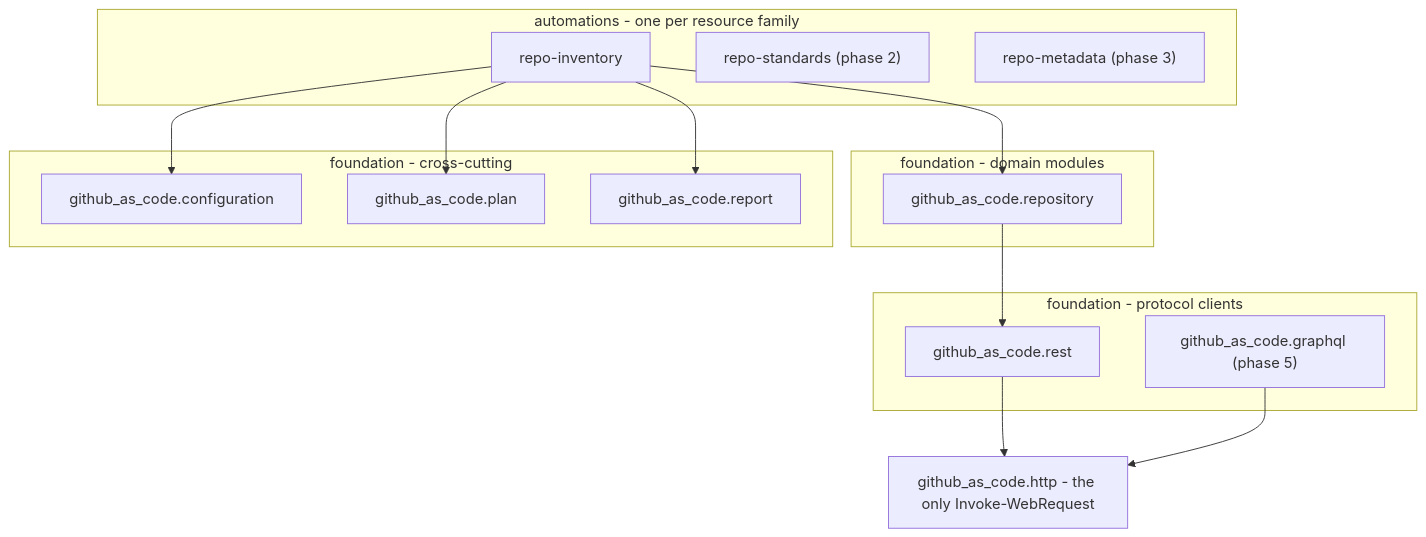
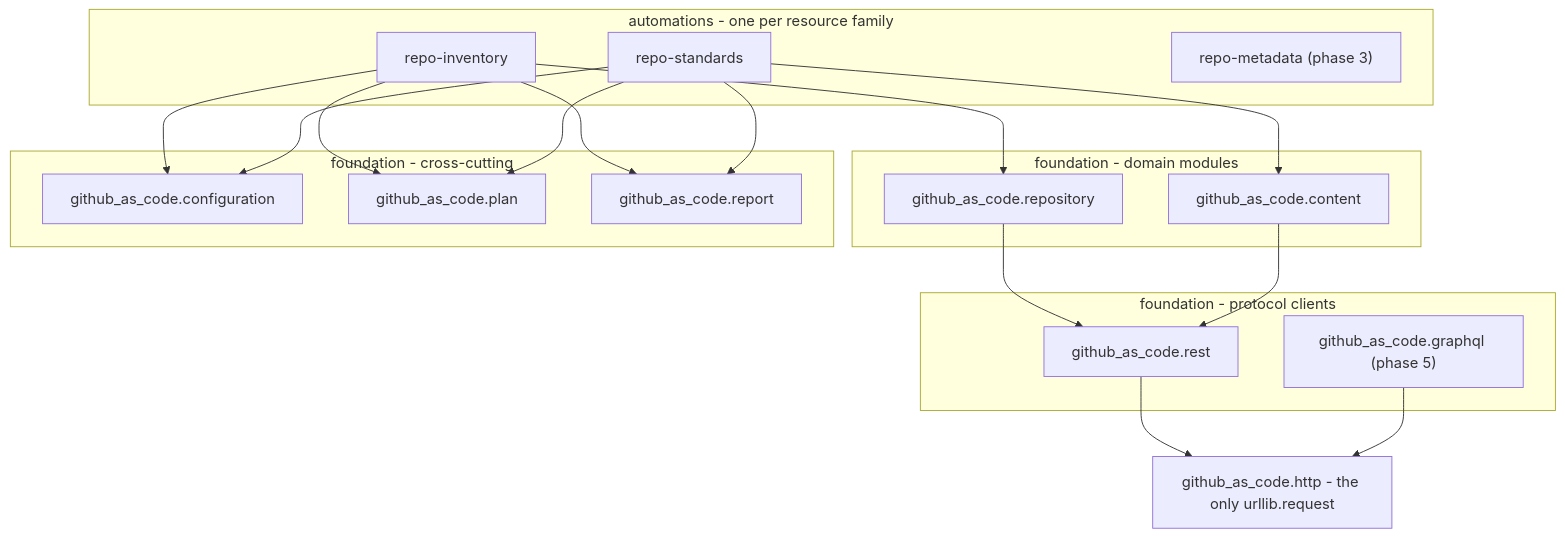
Before and after one commit to nehemias1999/GitHub_AsCode: the diagram in README.md, drawn with Mermaid. The commit also changed other lines of this file and 28 other files, not shown here.

````diff
--- a/README.md
+++ b/README.md
@@ -67,29 +67,35 @@
 ```mermaid
 flowchart TD
     subgraph entry [automations - one per resource family]
         RI[repo-inventory]
-        RS["repo-standards (phase 2)"]
+        RS[repo-standards]
         RM["repo-metadata (phase 3)"]
     end
     subgraph domain [foundation - domain modules]
         REPO[github_as_code.repository]
+        CONT[github_as_code.content]
     end
     subgraph client [foundation - protocol clients]
         REST[github_as_code.rest]
         GQL["github_as_code.graphql (phase 5)"]
     end
     subgraph cross [foundation - cross-cutting]
         CF[github_as_code.configuration]
         PL[github_as_code.plan]
         RP[github_as_code.report]
     end
-    HTTP["github_as_code.http - the only Invoke-WebRequest"]
+    HTTP["github_as_code.http - the only urllib.request"]
 
     RI --> REPO
+    RS --> CONT
     RI --> PL
     RI --> RP
     RI --> CF
+    RS --> PL
+    RS --> RP
+    RS --> CF
     REPO --> REST
+    CONT --> REST
     REST --> HTTP
     GQL --> HTTP
 ```
````
